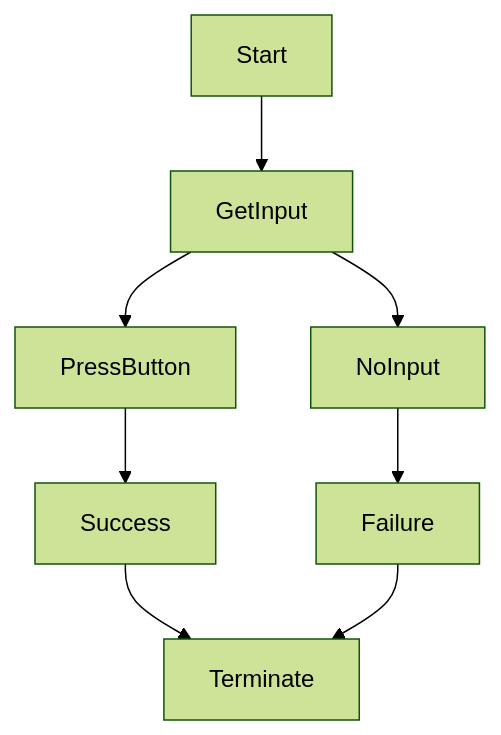
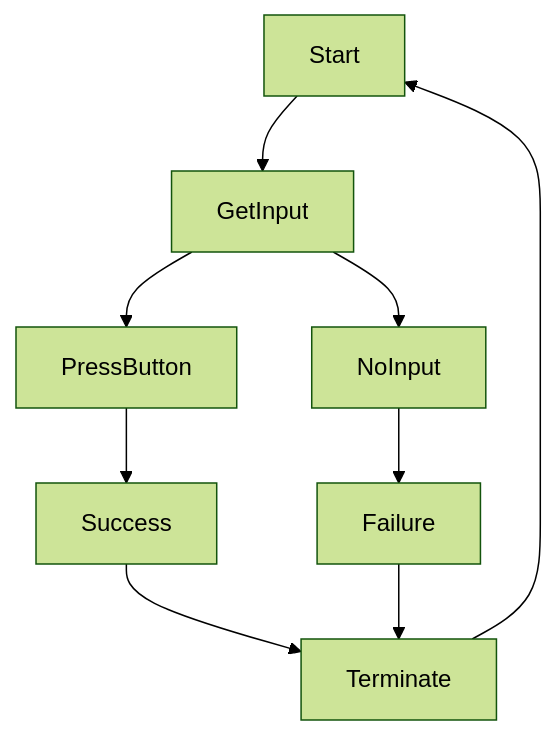
Before and after one commit to taylor-k8/Video-Game-Console: the diagram in CodeFlowchart.md, drawn with Mermaid (forest theme).

````diff
--- a/CodeFlowchart.md
+++ b/CodeFlowchart.md
@@ -21,10 +21,11 @@
 ```mermaid
   graph TD;
       Start-->GetInput;
       GetInput-->PressButton;
       GetInput-->NoInput;
       PressButton-->Success;
       NoInput-->Failure;
       Success-->Terminate;
       Failure-->Terminate;
+      Terminate-->Start;
 ```
````
